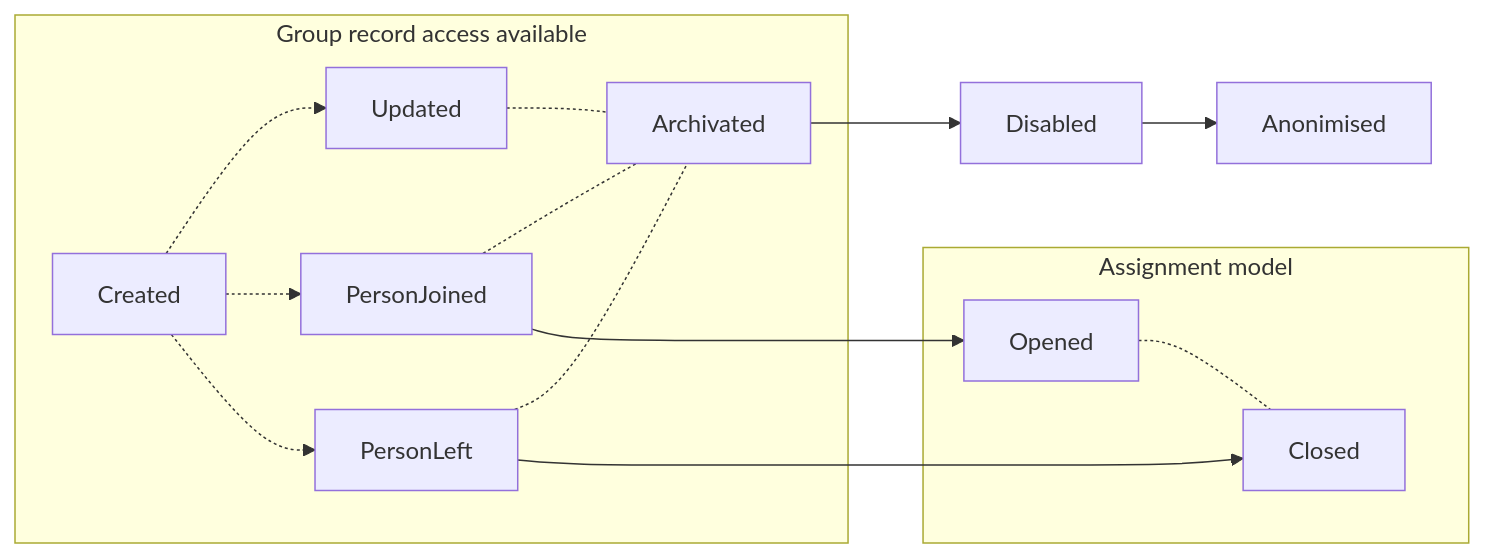
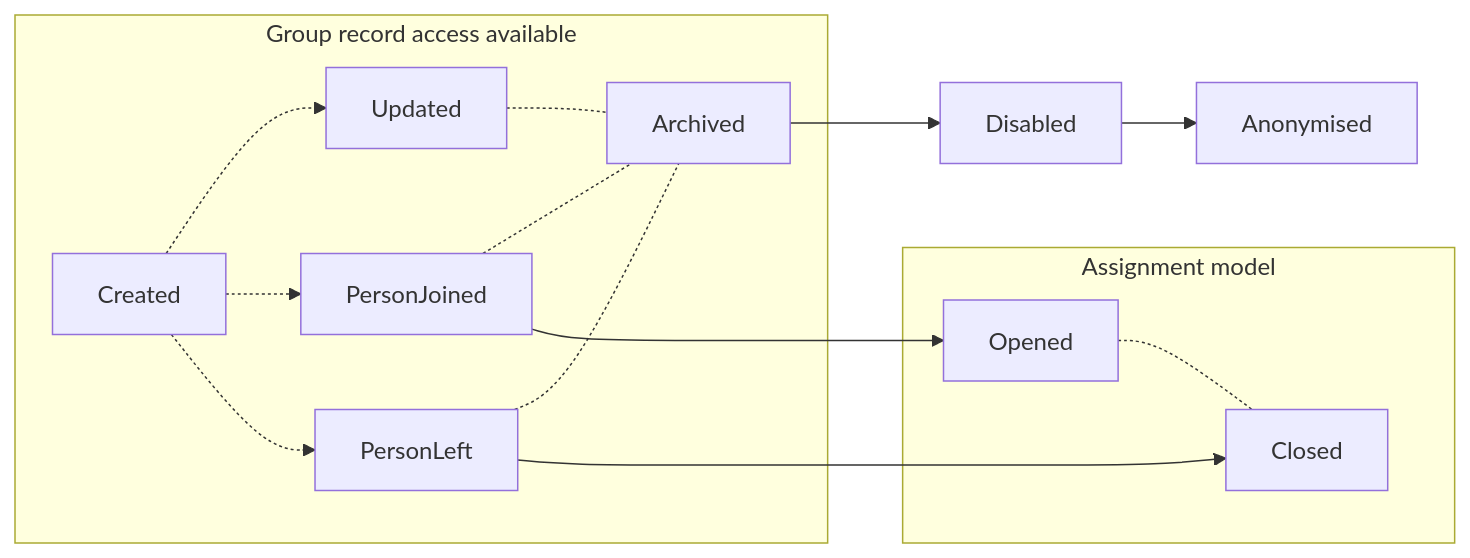
One commit to coly-technologies/coly-technologies.github.io changed the third of 3 diagrams in coly-api.md. Above: the diagram before and after it, drawn with Mermaid. The commit also changed other lines of this file and 1 other file, not shown here.

````diff
--- a/coly-api.md
+++ b/coly-api.md
@@ -133,12 +139,12 @@
 ```mermaid
 graph LR;
   subgraph Assignment model
     Opened -.- Closed
   end
   subgraph Group record access available
-    Created -.-> Updated & PersonJoined & PersonLeft -.- Archivated
+    Created -.-> Updated & PersonJoined & PersonLeft -.- Archived
   end
-  Archivated --> Disabled --> Anonimised
+  Archived --> Disabled --> Anonymised
   PersonJoined ---> Opened
   PersonLeft ---> Closed
 ```
````
